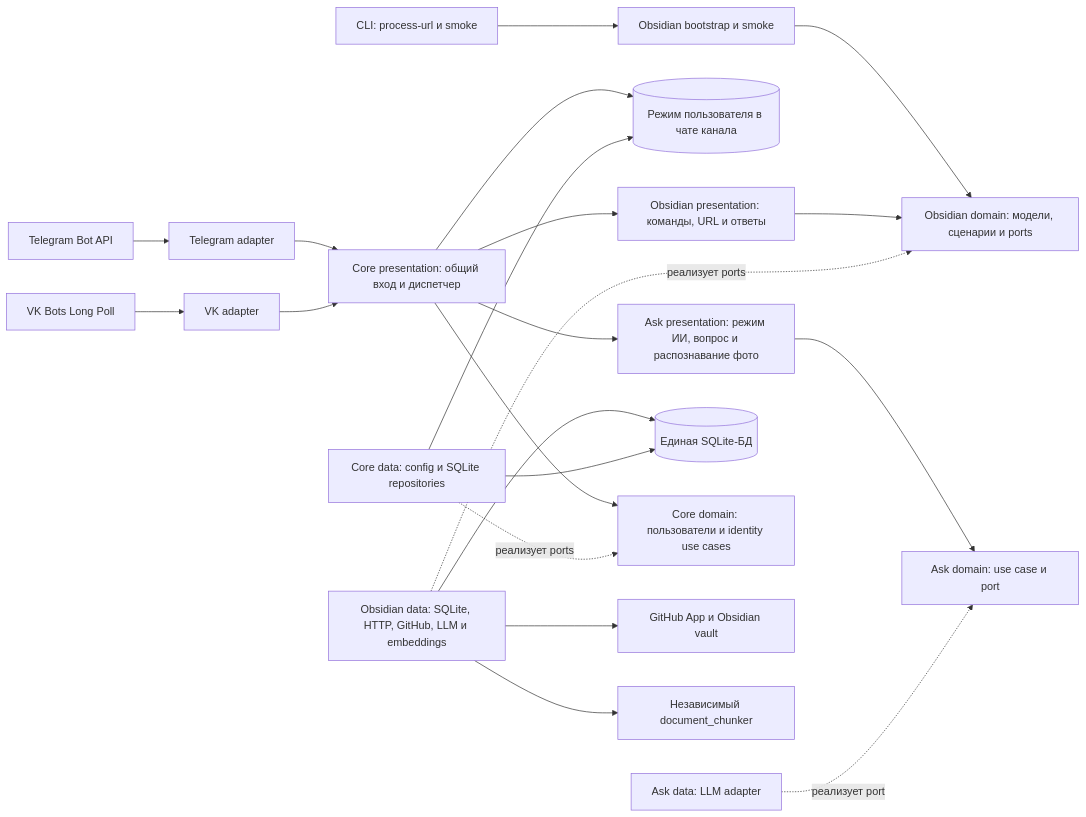
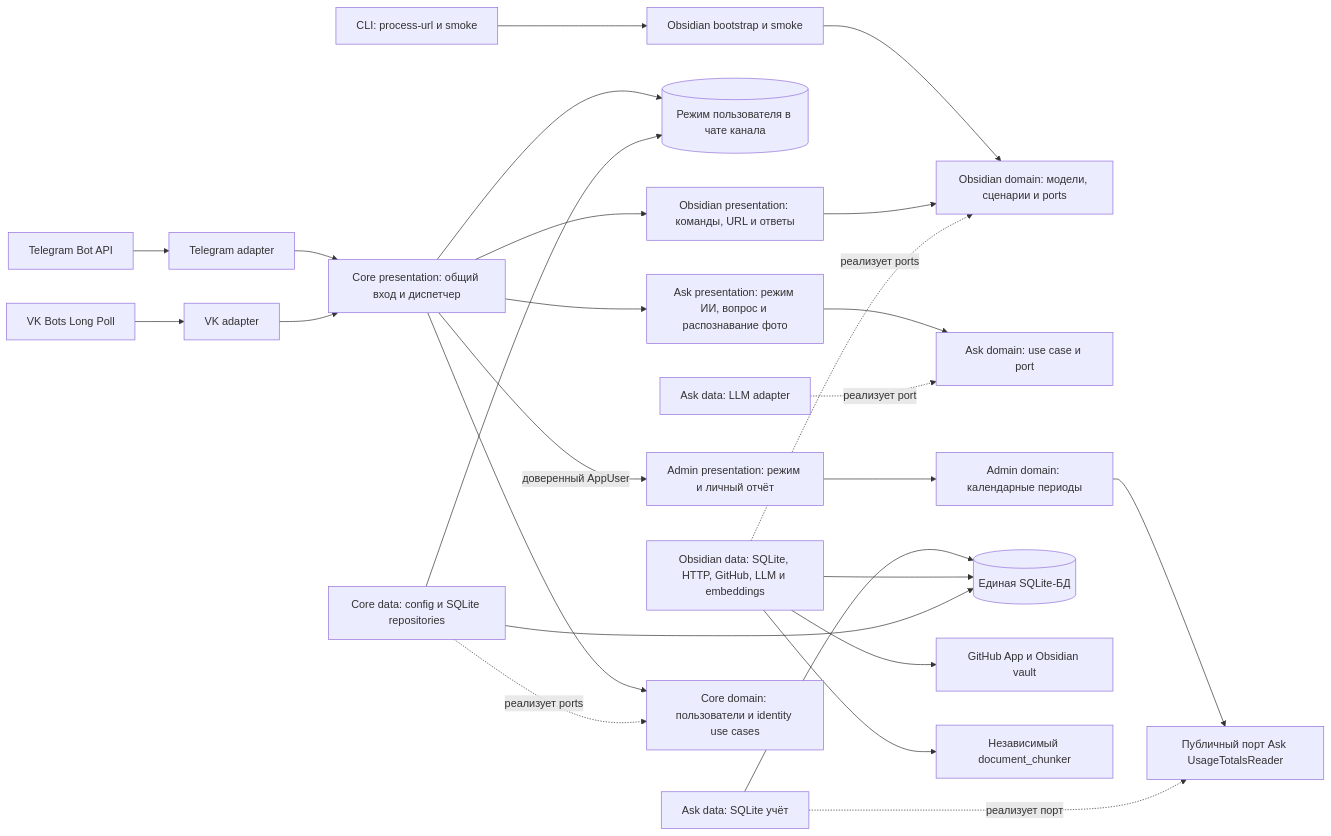
The first of 2 diagrams in docs/ARCHITECTURE.md (karateka-git/compadre-assistant), drawn with Mermaid before and after one commit. The commit also changed other lines of this file and 9 other files, not shown here.

````diff
--- a/docs/ARCHITECTURE.md
+++ b/docs/ARCHITECTURE.md
@@ -18,23 +19,28 @@
 ```mermaid
 flowchart LR
     TG[Telegram Bot API] --> TA[Telegram adapter]
     VK[VK Bots Long Poll] --> VA[VK adapter]
     CLI[CLI: process-url и smoke] --> OB[Obsidian bootstrap и smoke]
     OB --> OD[Obsidian domain: модели, сценарии и ports]
     TA --> IN[Core presentation: общий вход и диспетчер]
     VA --> IN
     IN --> MODE[(Режим пользователя в чате канала)]
     IN --> OP[Obsidian presentation: команды, URL и ответы]
     OP --> OD
     IN --> AP[Ask presentation: режим ИИ, вопрос и распознавание фото]
     AP --> AD[Ask domain: use case и port]
     AM[Ask data: LLM adapter] -. реализует port .-> AD
+    IN -->|доверенный AppUser| ADM[Admin presentation: режим и личный отчёт]
+    ADM --> AR[Admin domain: календарные периоды]
+    AR --> UR[Публичный порт Ask UsageTotalsReader]
+    UDB[Ask data: SQLite учёт] -. реализует порт .-> UR
+    UDB --> DB
     ODATA[Obsidian data: SQLite, HTTP, GitHub, LLM и embeddings] -. реализует ports .-> OD
     ODATA --> DB[(Единая SQLite-БД)]
     IN --> USERS[Core domain: пользователи и identity use cases]
     CDATA[Core data: config и SQLite repositories] -. реализует ports .-> USERS
     CDATA --> MODE
     CDATA --> DB
     ODATA --> GH[GitHub App и Obsidian vault]
     ODATA --> DC[Независимый document_chunker]
 ```
````
